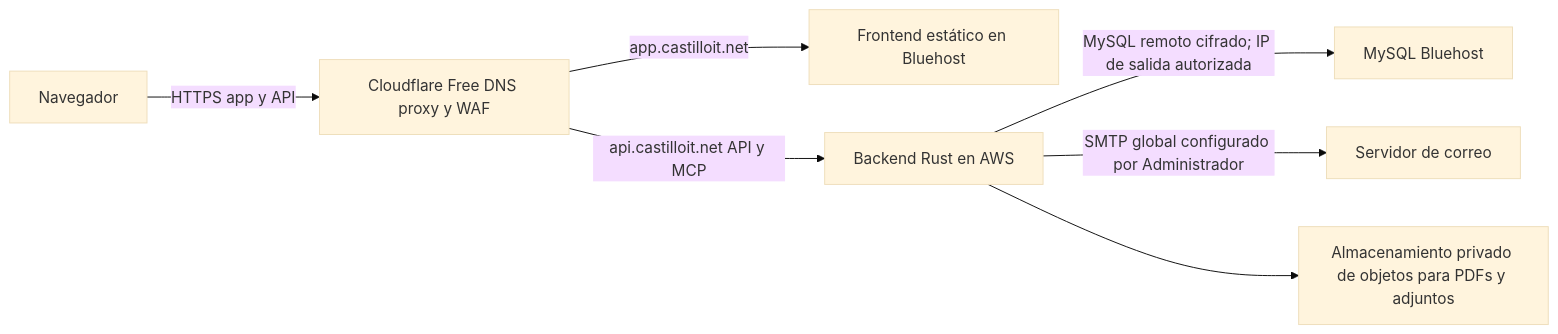
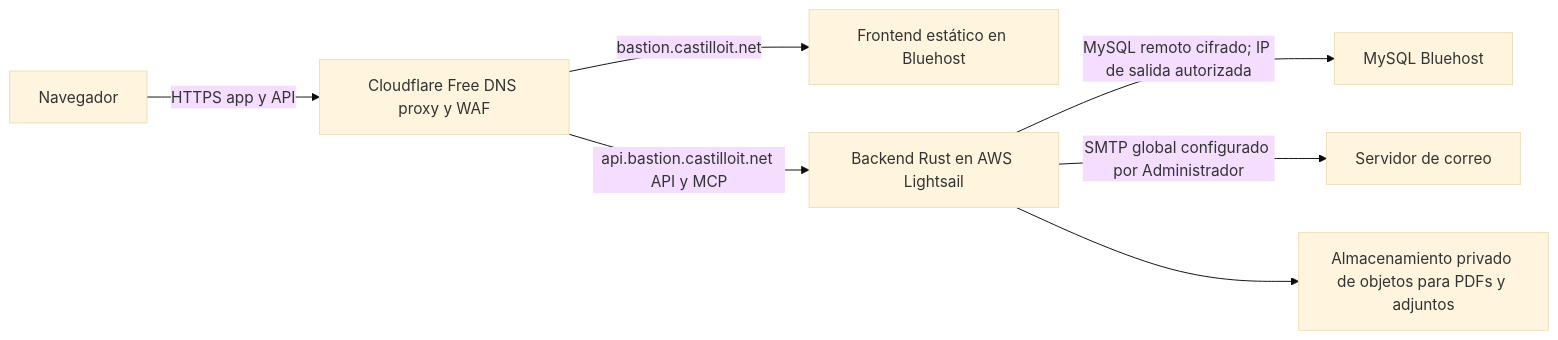
The diagram in docs/09-despliegue.md (Ahcast/Bastion), drawn with Mermaid (base theme) before and after one commit. The commit also changed other lines of this file and 19 other files, not shown here.

First line of the commit message:
build: prepare verified Lightsail backend release on main

````diff
--- a/docs/09-despliegue.md
+++ b/docs/09-despliegue.md
@@ -5,9 +5,9 @@
 ```mermaid
 flowchart LR
     Browser[Navegador] -->|HTTPS app y API| CF[Cloudflare Free DNS proxy y WAF]
-    CF -->|app.castilloit.net| Front[Frontend estático en Bluehost]
-    CF -->|api.castilloit.net API y MCP| AWS[Backend Rust en AWS]
+    CF -->|bastion.castilloit.net| Front[Frontend estático en Bluehost]
+    CF -->|api.bastion.castilloit.net API y MCP| AWS[Backend Rust en AWS Lightsail]
     AWS -->|MySQL remoto cifrado; IP de salida autorizada| DB[MySQL Bluehost]
     AWS -->|SMTP global configurado por Administrador| Mail[Servidor de correo]
     AWS --> Files[Almacenamiento privado de objetos para PDFs y adjuntos]
 ```
````
